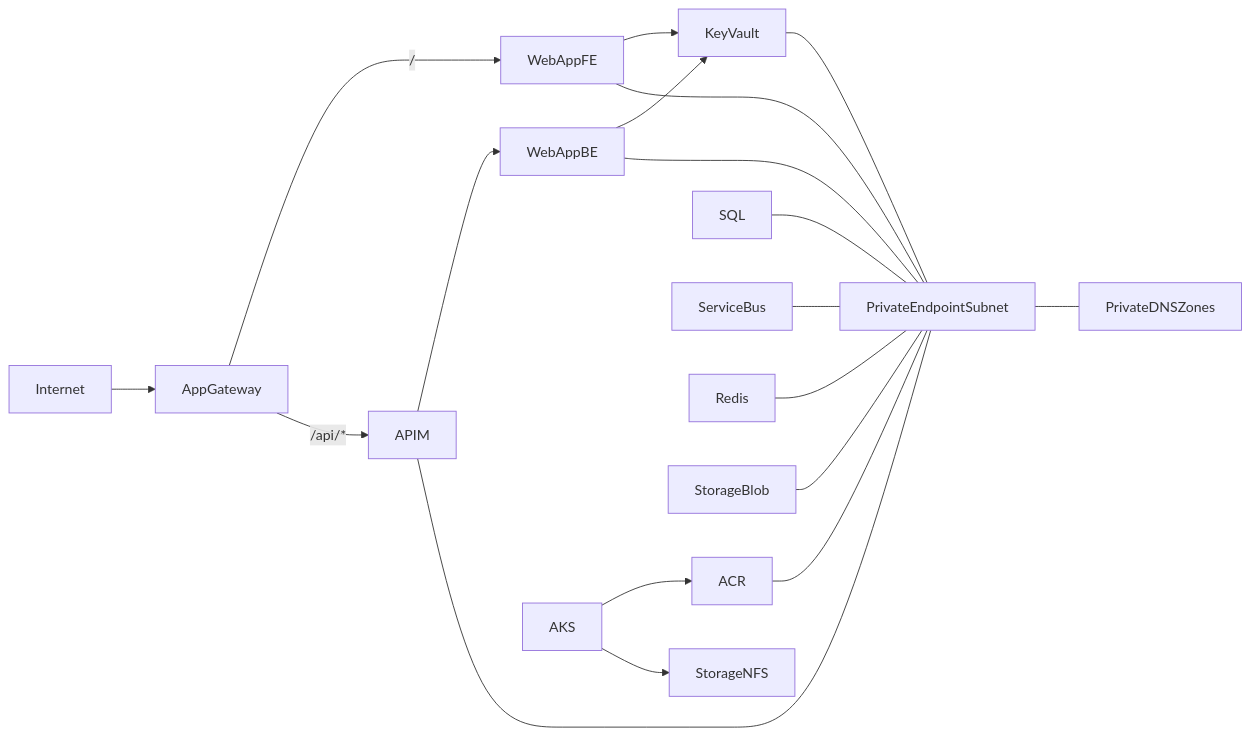
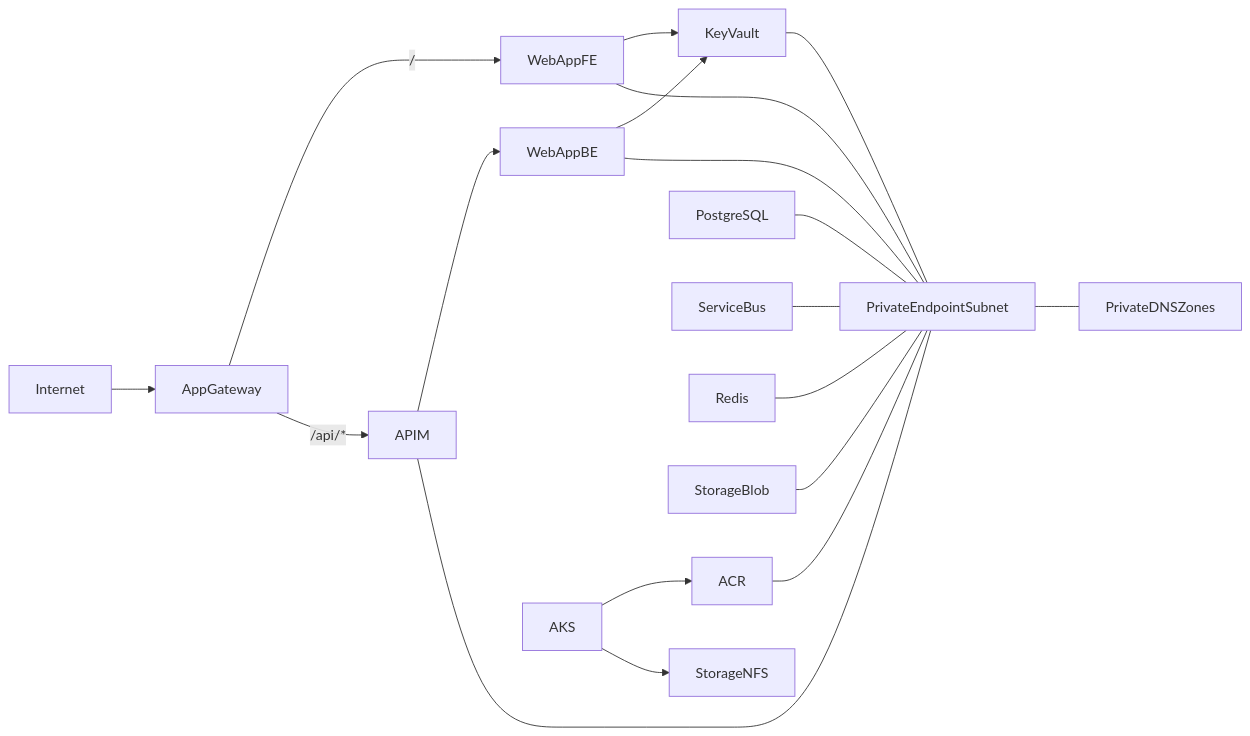
The first of 2 diagrams in landing-zones/app-aks/readme.md (scottdeland/Azure-Landing-Zone-Automation), drawn with Mermaid before and after one commit. The commit also changed other lines of this file and 4 other files, not shown here.

````diff
--- a/landing-zones/app-aks/readme.md
+++ b/landing-zones/app-aks/readme.md
@@ -32,21 +33,21 @@
 ```mermaid
 flowchart LR
   Internet --> AppGateway
   AppGateway -->|/| WebAppFE
   AppGateway -->|/api/*| APIM
   APIM --> WebAppBE
   WebAppFE --> KeyVault
   WebAppBE --> KeyVault
   AKS --> ACR
   AKS --> StorageNFS
   WebAppFE --- PrivateEndpointSubnet
   WebAppBE --- PrivateEndpointSubnet
   APIM --- PrivateEndpointSubnet
   ACR --- PrivateEndpointSubnet
   KeyVault --- PrivateEndpointSubnet
-  SQL --- PrivateEndpointSubnet
+  PostgreSQL --- PrivateEndpointSubnet
   ServiceBus --- PrivateEndpointSubnet
   Redis --- PrivateEndpointSubnet
   StorageBlob --- PrivateEndpointSubnet
   PrivateEndpointSubnet --- PrivateDNSZones
 ```
````
